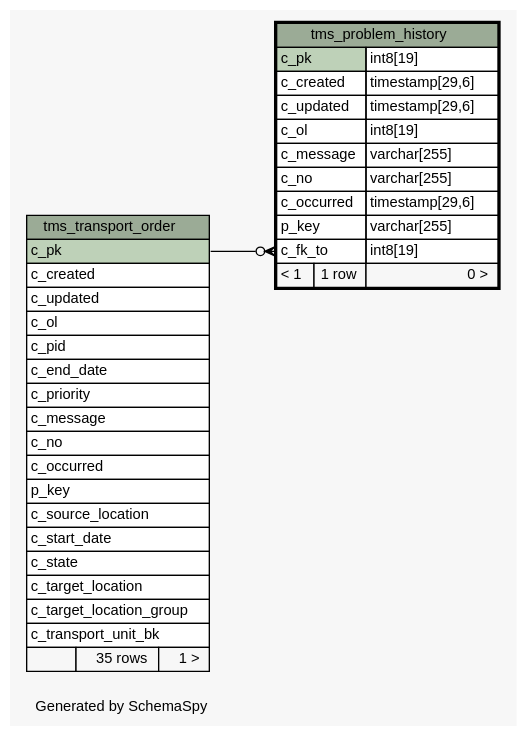
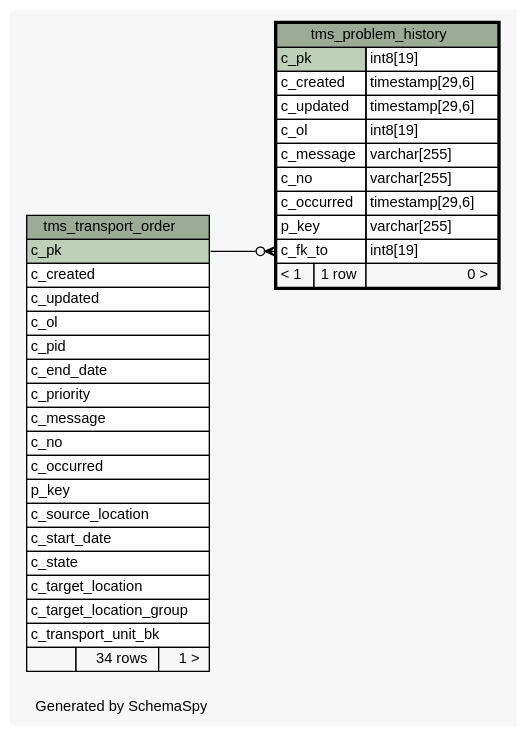
One commit to openwms/org.openwms.tms.transportation changed the diagram in 1.4.0-SNAPSHOT/schemaspy/diagrams/tms_problem_history.1degree.dot. Above: the diagram before and after it, drawn with Graphviz. The commit also changed 489 other files, not shown here.

```diff
--- a/1.4.0-SNAPSHOT/schemaspy/diagrams/tms_problem_history.1degree.dot
+++ b/1.4.0-SNAPSHOT/schemaspy/diagrams/tms_problem_history.1degree.dot
@@ -1,67 +1,67 @@
-// dot 2.36.0 on Linux 4.4.0-101-generic
+// dot 2.43.0 on Linux 5.11.0-1022-azure
 // SchemaSpy rev Unknown
 digraph "oneDegreeRelationshipsDiagram" {
   graph [
     rankdir="RL"
     bgcolor="#f7f7f7"
     label="\nGenerated by SchemaSpy"
     labeljust="l"
     nodesep="0.18"
     ranksep="0.46"
     fontname="Helvetica"
     fontsize="11"
   ];
   node [
     fontname="Helvetica"
     fontsize="11"
     shape="plaintext"
   ];
   edge [
     arrowsize="0.8"
   ];
   "tms_problem_history":"c_fk_to":w -> "tms_transport_order":"c_pk":e [arrowhead=none dir=back arrowtail=crowodot];
   "tms_problem_history" [
     label=<
     <TABLE BORDER="2" CELLBORDER="1" CELLSPACING="0" BGCOLOR="#ffffff">
       <TR><TD COLSPAN="3" BGCOLOR="#9bab96" ALIGN="CENTER">tms_problem_history</TD></TR>
       <TR><TD PORT="c_pk" COLSPAN="2" BGCOLOR="#bed1b8" ALIGN="LEFT">c_pk</TD><TD PORT="c_pk.type" ALIGN="LEFT">int8[19]</TD></TR>
       <TR><TD PORT="c_created" COLSPAN="2" ALIGN="LEFT">c_created</TD><TD PORT="c_created.type" ALIGN="LEFT">timestamp[29,6]</TD></TR>
       <TR><TD PORT="c_updated" COLSPAN="2" ALIGN="LEFT">c_updated</TD><TD PORT="c_updated.type" ALIGN="LEFT">timestamp[29,6]</TD></TR>
       <TR><TD PORT="c_ol" COLSPAN="2" ALIGN="LEFT">c_ol</TD><TD PORT="c_ol.type" ALIGN="LEFT">int8[19]</TD></TR>
       <TR><TD PORT="c_message" COLSPAN="2" ALIGN="LEFT">c_message</TD><TD PORT="c_message.type" ALIGN="LEFT">varchar[255]</TD></TR>
       <TR><TD PORT="c_no" COLSPAN="2" ALIGN="LEFT">c_no</TD><TD PORT="c_no.type" ALIGN="LEFT">varchar[255]</TD></TR>
       <TR><TD PORT="c_occurred" COLSPAN="2" ALIGN="LEFT">c_occurred</TD><TD PORT="c_occurred.type" ALIGN="LEFT">timestamp[29,6]</TD></TR>
       <TR><TD PORT="p_key" COLSPAN="2" ALIGN="LEFT">p_key</TD><TD PORT="p_key.type" ALIGN="LEFT">varchar[255]</TD></TR>
       <TR><TD PORT="c_fk_to" COLSPAN="2" ALIGN="LEFT">c_fk_to</TD><TD PORT="c_fk_to.type" ALIGN="LEFT">int8[19]</TD></TR>
       <TR><TD ALIGN="LEFT" BGCOLOR="#f7f7f7">&lt; 1</TD><TD ALIGN="RIGHT" BGCOLOR="#f7f7f7">1 row</TD><TD ALIGN="RIGHT" BGCOLOR="#f7f7f7">0 &gt;</TD></TR>
     </TABLE>>
     URL="tms_problem_history.html"
     tooltip="tms_problem_history"
   ];
   "tms_transport_order" [
     label=<
     <TABLE BORDER="0" CELLBORDER="1" CELLSPACING="0" BGCOLOR="#ffffff">
       <TR><TD COLSPAN="3" BGCOLOR="#9bab96" ALIGN="CENTER">tms_transport_order</TD></TR>
       <TR><TD PORT="c_pk" COLSPAN="3" BGCOLOR="#bed1b8" ALIGN="LEFT">c_pk</TD></TR>
       <TR><TD PORT="c_created" COLSPAN="3" ALIGN="LEFT">c_created</TD></TR>
       <TR><TD PORT="c_updated" COLSPAN="3" ALIGN="LEFT">c_updated</TD></TR>
       <TR><TD PORT="c_ol" COLSPAN="3" ALIGN="LEFT">c_ol</TD></TR>
       <TR><TD PORT="c_pid" COLSPAN="3" ALIGN="LEFT">c_pid</TD></TR>
       <TR><TD PORT="c_end_date" COLSPAN="3" ALIGN="LEFT">c_end_date</TD></TR>
       <TR><TD PORT="c_priority" COLSPAN="3" ALIGN="LEFT">c_priority</TD></TR>
       <TR><TD PORT="c_message" COLSPAN="3" ALIGN="LEFT">c_message</TD></TR>
       <TR><TD PORT="c_no" COLSPAN="3" ALIGN="LEFT">c_no</TD></TR>
       <TR><TD PORT="c_occurred" COLSPAN="3" ALIGN="LEFT">c_occurred</TD></TR>
       <TR><TD PORT="p_key" COLSPAN="3" ALIGN="LEFT">p_key</TD></TR>
       <TR><TD PORT="c_source_location" COLSPAN="3" ALIGN="LEFT">c_source_location</TD></TR>
       <TR><TD PORT="c_start_date" COLSPAN="3" ALIGN="LEFT">c_start_date</TD></TR>
       <TR><TD PORT="c_state" COLSPAN="3" ALIGN="LEFT">c_state</TD></TR>
       <TR><TD PORT="c_target_location" COLSPAN="3" ALIGN="LEFT">c_target_location</TD></TR>
       <TR><TD PORT="c_target_location_group" COLSPAN="3" ALIGN="LEFT">c_target_location_group</TD></TR>
       <TR><TD PORT="c_transport_unit_bk" COLSPAN="3" ALIGN="LEFT">c_transport_unit_bk</TD></TR>
-      <TR><TD ALIGN="LEFT" BGCOLOR="#f7f7f7">  </TD><TD ALIGN="RIGHT" BGCOLOR="#f7f7f7">35 rows</TD><TD ALIGN="RIGHT" BGCOLOR="#f7f7f7">1 &gt;</TD></TR>
+      <TR><TD ALIGN="LEFT" BGCOLOR="#f7f7f7">  </TD><TD ALIGN="RIGHT" BGCOLOR="#f7f7f7">34 rows</TD><TD ALIGN="RIGHT" BGCOLOR="#f7f7f7">1 &gt;</TD></TR>
     </TABLE>>
     URL="tms_transport_order.html"
     tooltip="tms_transport_order"
   ];
 }
```
